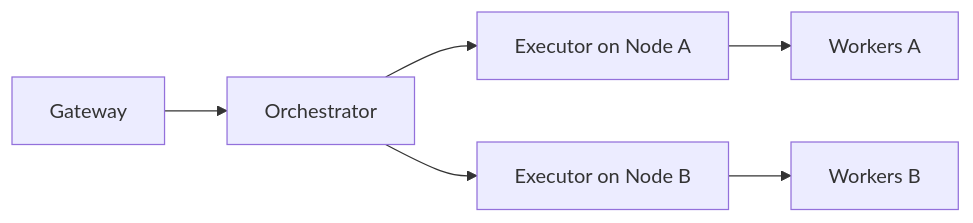
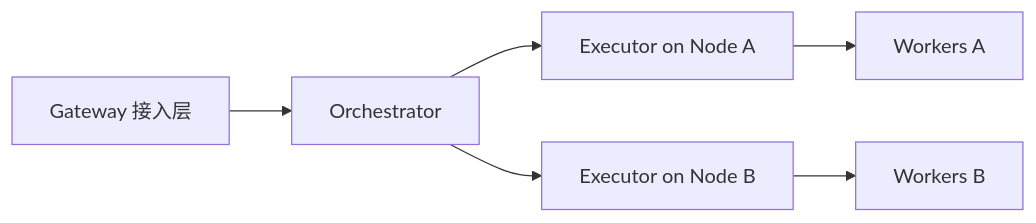
One commit to caitengwei/Nerva changed the fourth of 4 diagrams in docs/design/架构设计.md. Above: the diagram before and after it, drawn with Mermaid. The commit also changed other lines of this file and 5 other files, not shown here.

First line of the commit message:
docs: rewrite architecture and module design docs, fix stale references

````diff
--- a/docs/design/架构设计.md
+++ b/docs/design/架构设计.md
@@ -163,8 +276,8 @@
 ```mermaid
 flowchart LR
-    GW[Gateway] --> ORCH[Orchestrator]
+    GW[Gateway 接入层] --> ORCH[Orchestrator]
     ORCH --> EX1[Executor on Node A]
     ORCH --> EX2[Executor on Node B]
     EX1 --> WA[Workers A]
     EX2 --> WB[Workers B]
 ```
````
